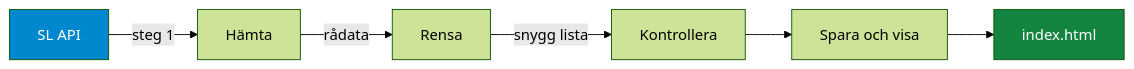
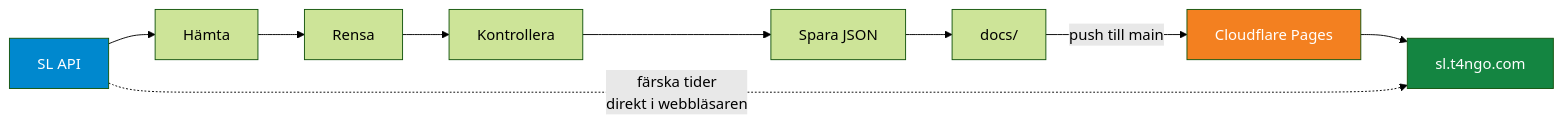
Before and after one commit to GHT4ngo/cicd-grupparbete-grupp7: the first of 2 diagrams in SUGGESTION.md, drawn with Mermaid (forest theme). The commit also changed other lines of this file and 2 other files, not shown here.

````diff
--- a/SUGGESTION.md
+++ b/SUGGESTION.md
@@ -61,11 +59,15 @@
 ```mermaid
 flowchart LR
-    A[SL API] -->|steg 1| B[Hämta]
-    B -->|rådata| C[Rensa]
-    C -->|snygg lista| D[Kontrollera]
-    D --> E[Spara och visa]
-    E --> F[index.html]
+    A[SL API] --> B[Hämta]
+    B --> C[Rensa]
+    C --> D[Kontrollera]
+    D --> E[Spara JSON]
+    E --> F[docs/]
+    F -->|push till main| G[Cloudflare Pages]
+    G --> H[sl.t4ngo.com]
+    A -.->|färska tider<br>direkt i webbläsaren| H
 
     style A fill:#0088CE,color:#fff
-    style F fill:#148541,color:#fff
+    style G fill:#F38020,color:#fff
+    style H fill:#148541,color:#fff
 ```
````
